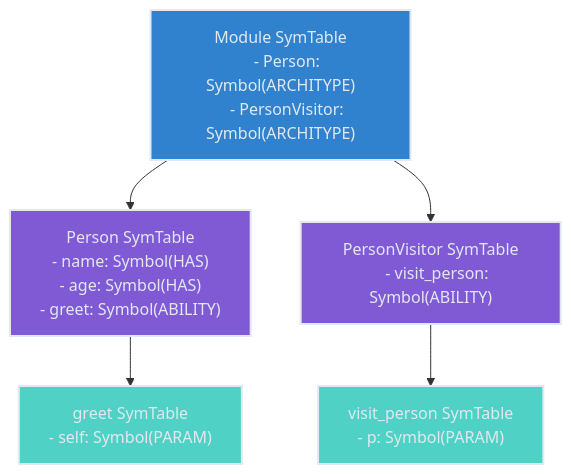
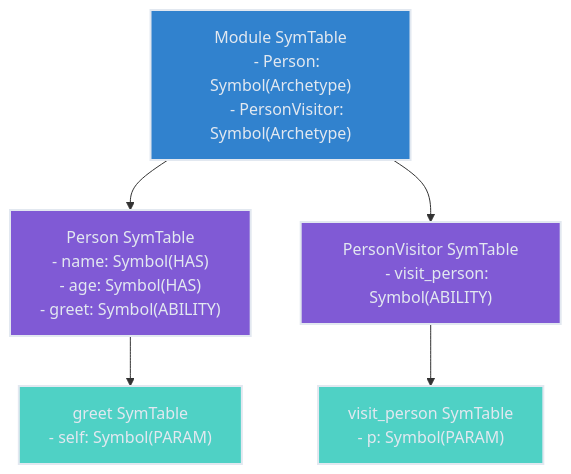
One commit to Jaseci-Labs/jaseci changed the fourth of 4 diagrams in docs/docs/internals/symbol_tables/structure.md. Above: the diagram before and after it, drawn with Mermaid. The commit also changed other lines of this file and 85 other files, not shown here.

````diff
--- a/docs/docs/internals/symbol_tables/structure.md
+++ b/docs/docs/internals/symbol_tables/structure.md
@@ -250,26 +250,26 @@
 ```mermaid
 flowchart TD
     ModuleTable["Module SymTable
-    - Person: Symbol(ARCHITYPE)
-    - PersonVisitor: Symbol(ARCHITYPE)"]
+    - Person: Symbol(Archetype)
+    - PersonVisitor: Symbol(Archetype)"]
 
     ModuleTable --> PersonTable["Person SymTable
     - name: Symbol(HAS)
     - age: Symbol(HAS)
     - greet: Symbol(ABILITY)"]
 
     ModuleTable --> VisitorTable["PersonVisitor SymTable
     - visit_person: Symbol(ABILITY)"]
 
     PersonTable --> GreetTable["greet SymTable
     - self: Symbol(PARAM)"]
 
     VisitorTable --> VisitTable["visit_person SymTable
     - p: Symbol(PARAM)"]
 
     style ModuleTable fill:#3182ce,stroke:#e2e8f0,stroke-width:2px,color:#e2e8f0
     style PersonTable fill:#805ad5,stroke:#e2e8f0,stroke-width:2px,color:#e2e8f0
     style VisitorTable fill:#805ad5,stroke:#e2e8f0,stroke-width:2px,color:#e2e8f0
     style GreetTable fill:#4fd1c5,stroke:#e2e8f0,stroke-width:2px,color:#e2e8f0
     style VisitTable fill:#4fd1c5,stroke:#e2e8f0,stroke-width:2px,color:#e2e8f0
 ```
````
